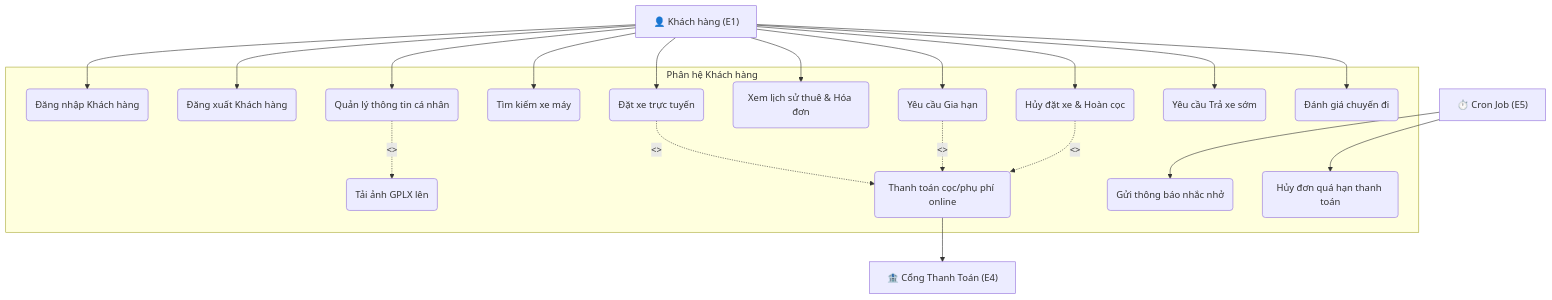
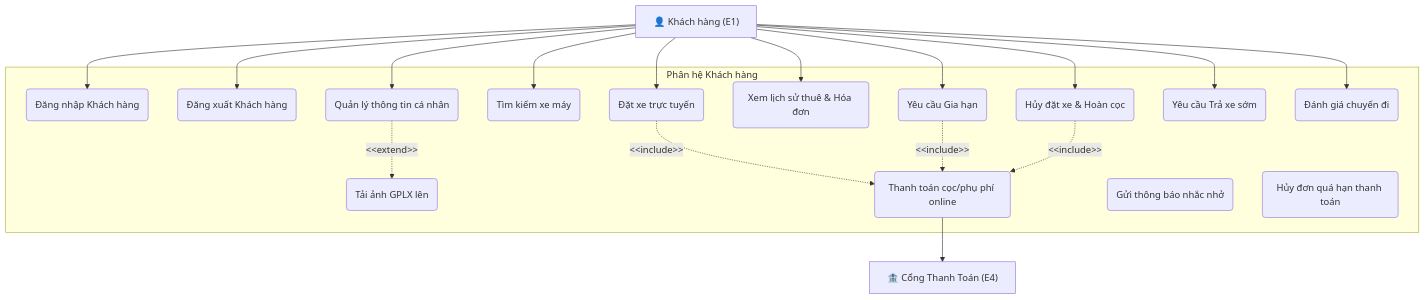
The second of 3 diagrams in docs/use-case-diagrams.md (Vqd2k6/SAD-UTH), drawn with Mermaid before and after one commit. The commit also changed other lines of this file and 8 other files, not shown here.

````diff
--- a/docs/use-case-diagrams.md
+++ b/docs/use-case-diagrams.md
@@ -100,51 +95,47 @@
 ```mermaid
 graph TB
     E1["👤 Khách hàng (E1)"]
     E4["🏦 Cổng Thanh Toán (E4)"]
-    E5["⏱️ Cron Job (E5)"]
 
     subgraph Customer_Boundary [Phân hệ Khách hàng]
         UC_Login("Đăng nhập Khách hàng")
         UC_Logout("Đăng xuất Khách hàng")
         UC_Profile("Quản lý thông tin cá nhân")
         UC_UpGPLX("Tải ảnh GPLX lên")
         UC_Search("Tìm kiếm xe máy")
         
         UC_Book("Đặt xe trực tuyến")
         UC_Pay("Thanh toán cọc/phụ phí online")
         UC_History("Xem lịch sử thuê & Hóa đơn")
         
         UC_Cancel("Hủy đặt xe & Hoàn cọc")
         UC_Extend("Yêu cầu Gia hạn")
         UC_Early("Yêu cầu Trả xe sớm")
         UC_Rate("Đánh giá chuyến đi")
         
         UC_Remind("Gửi thông báo nhắc nhở")
         UC_CancelAuto("Hủy đơn quá hạn thanh toán")
     end
 
     %% Relationships
     E1 --> UC_Profile
     E1 --> UC_Login
     E1 --> UC_Logout
     E1 --> UC_Search
     E1 --> UC_Book
     E1 --> UC_History
     E1 --> UC_Cancel
     E1 --> UC_Extend
     E1 --> UC_Early
     E1 --> UC_Rate
 
     %% Relationships between Use Cases
-    UC_Profile -.->|"<<extend>>"| UC_UpGPLX
-    UC_Book -.->|"<<include>>"| UC_Pay
-    UC_Extend -.->|"<<include>>"| UC_Pay
-    UC_Cancel -.->|"<<include>>"| UC_Pay
+    UC_Profile -.->|"&lt;&lt;extend&gt;&gt;"| UC_UpGPLX
+    UC_Book -.->|"&lt;&lt;include&gt;&gt;"| UC_Pay
+    UC_Extend -.->|"&lt;&lt;include&gt;&gt;"| UC_Pay
+    UC_Cancel -.->|"&lt;&lt;include&gt;&gt;"| UC_Pay
     
     %% Supporting Actor Connection
     UC_Pay --> E4
     
-    %% Cron Connections
-    E5 --> UC_Remind
-    E5 --> UC_CancelAuto
 ```
````
